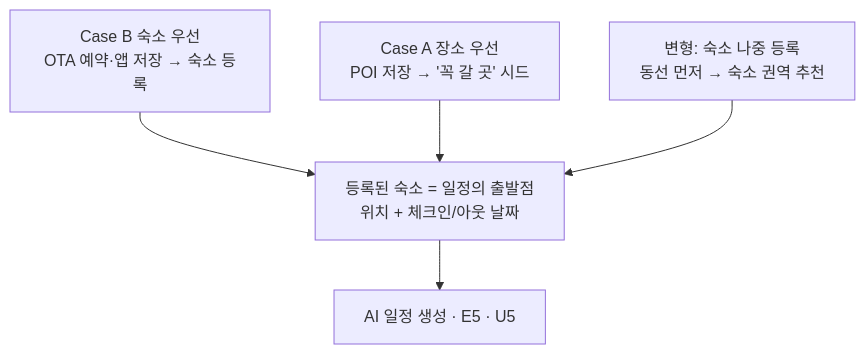
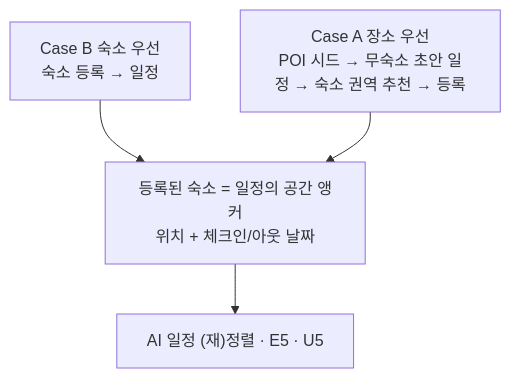
The first of 2 diagrams in docs/planning/scenarios.md (ASM-TripPilot/.github), drawn with Mermaid before and after one commit. The commit also changed other lines of this file and 16 other files, not shown here.

````diff
--- a/docs/planning/scenarios.md
+++ b/docs/planning/scenarios.md
@@ -36,7 +37,6 @@
 ```mermaid
 flowchart TD
-    B["Case B 숙소 우선<br/>OTA 예약·앱 저장 → 숙소 등록"] --> C["등록된 숙소 = 일정의 출발점<br/>위치 + 체크인/아웃 날짜"]
-    A["Case A 장소 우선<br/>POI 저장 → '꼭 갈 곳' 시드"] --> C
-    A2["변형: 숙소 나중 등록<br/>동선 먼저 → 숙소 권역 추천"] --> C
-    C --> D["AI 일정 생성 · E5 · U5"]
+    B["Case B 숙소 우선<br/>숙소 등록 → 일정"] --> C["등록된 숙소 = 일정의 공간 앵커<br/>위치 + 체크인/아웃 날짜"]
+    A["Case A 장소 우선<br/>POI 시드 → 무숙소 초안 일정 → 숙소 권역 추천 → 등록"] --> C
+    C --> D["AI 일정 (재)정렬 · E5 · U5"]
 ```
````
